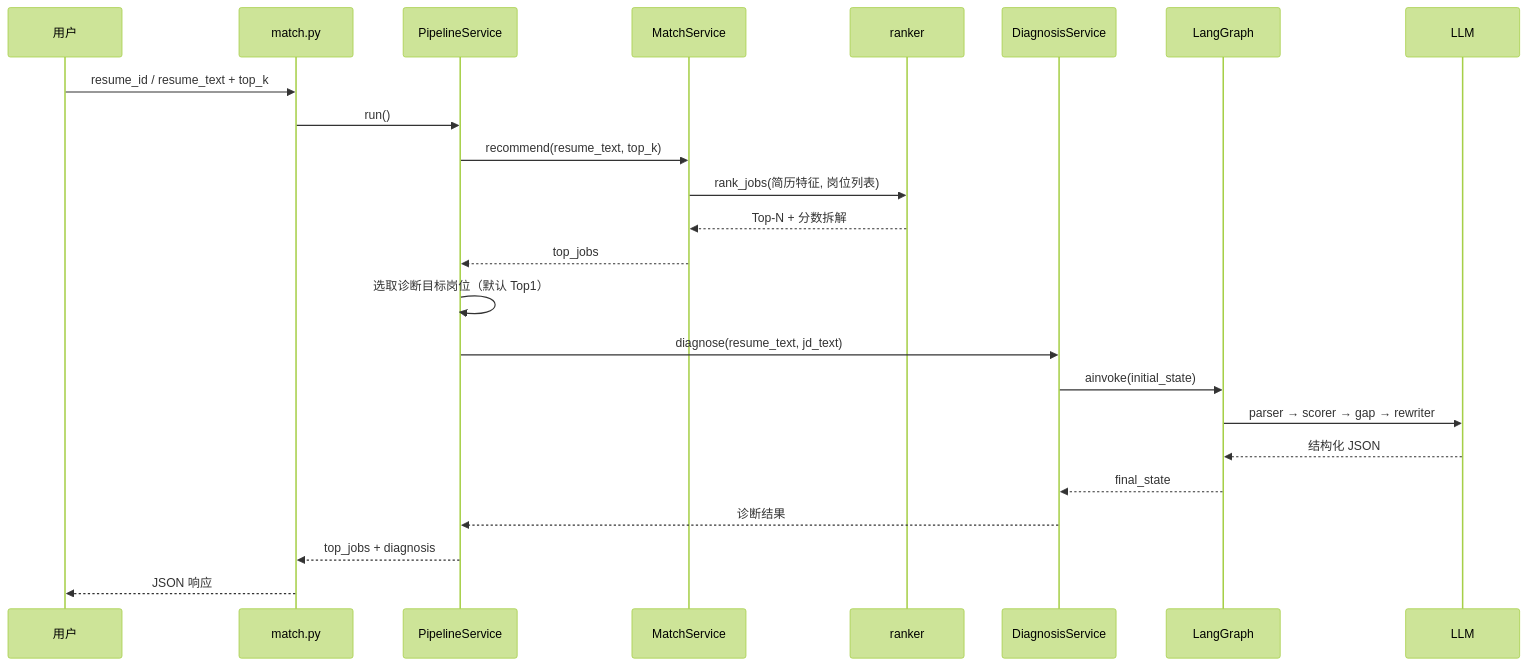
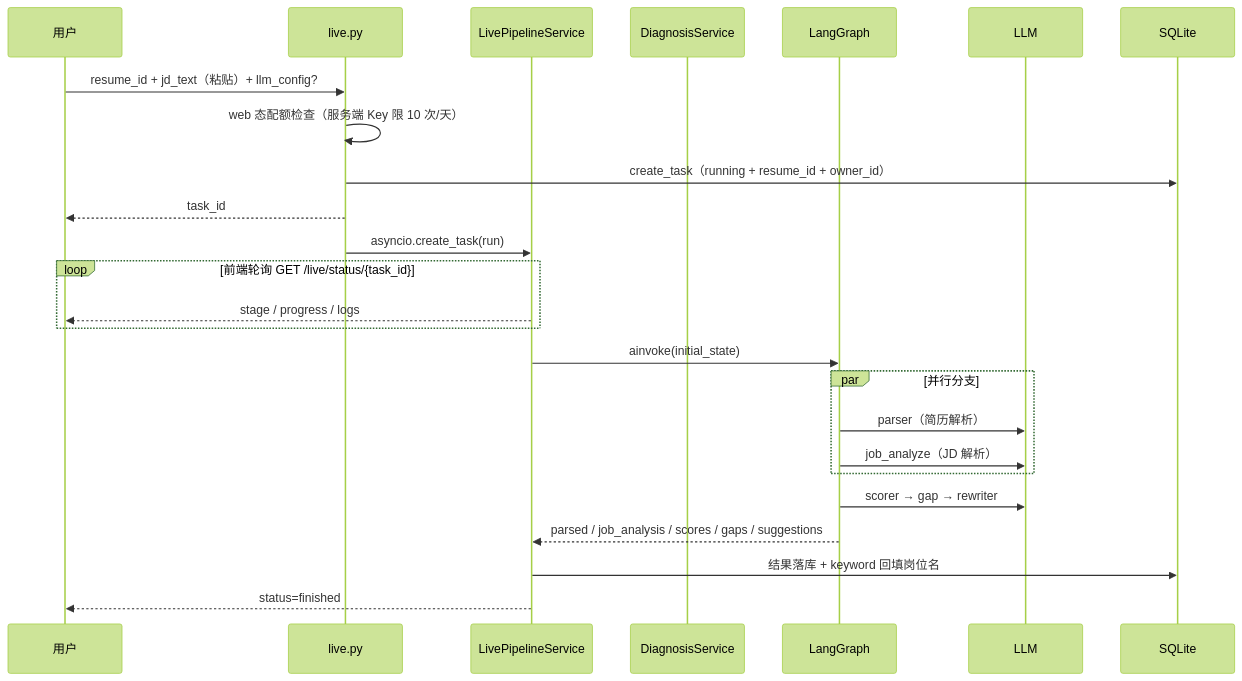
Before and after one commit to xuyi19/resumatch-ai: the second of 5 diagrams in docs/ResuMatch-AI-技术说明文档.md, drawn with Mermaid (forest theme). The commit also changed other lines of this file and 4 other files, not shown here.

````diff
--- a/docs/ResuMatch-AI-技术说明文档.md
+++ b/docs/ResuMatch-AI-技术说明文档.md
@@ -241,27 +258,28 @@
 ```mermaid
 sequenceDiagram
     participant U as 用户
-    participant API as match.py
-    participant P as PipelineService
-    participant M as MatchService
-    participant R as ranker
+    participant API as live.py
+    participant L as LivePipelineService
     participant D as DiagnosisService
     participant G as LangGraph
-    participant L as LLM
+    participant M as LLM
+    participant DB as SQLite
 
-    U->>API: resume_id / resume_text + top_k
-    API->>P: run()
-    P->>M: recommend(resume_text, top_k)
-    M->>R: rank_jobs(简历特征, 岗位列表)
-    R-->>M: Top-N + 分数拆解
-    M-->>P: top_jobs
-    P->>P: 选取诊断目标岗位（默认 Top1）
-    P->>D: diagnose(resume_text, jd_text)
-    D->>G: ainvoke(initial_state)
-    G->>L: parser → scorer → gap → rewriter
-    L-->>G: 结构化 JSON
-    G-->>D: final_state
-    D-->>P: 诊断结果
-    P-->>API: top_jobs + diagnosis
-    API-->>U: JSON 响应
+    U->>API: resume_id + jd_text（粘贴）+ llm_config?
+    API->>API: web 态配额检查（服务端 Key 限 10 次/天）
+    API->>DB: create_task（running + resume_id + owner_id）
+    API-->>U: task_id
+    API->>L: asyncio.create_task(run)
+    loop 前端轮询 GET /live/status/{task_id}
+        L-->>U: stage / progress / logs
+    end
+    L->>G: ainvoke(initial_state)
+    par 并行分支
+        G->>M: parser（简历解析）
+        G->>M: job_analyze（JD 解析）
+    end
+    G->>M: scorer → gap → rewriter
+    G-->>L: parsed / job_analysis / scores / gaps / suggestions
+    L->>DB: 结果落库 + keyword 回填岗位名
+    L-->>U: status=finished
 ```
````
